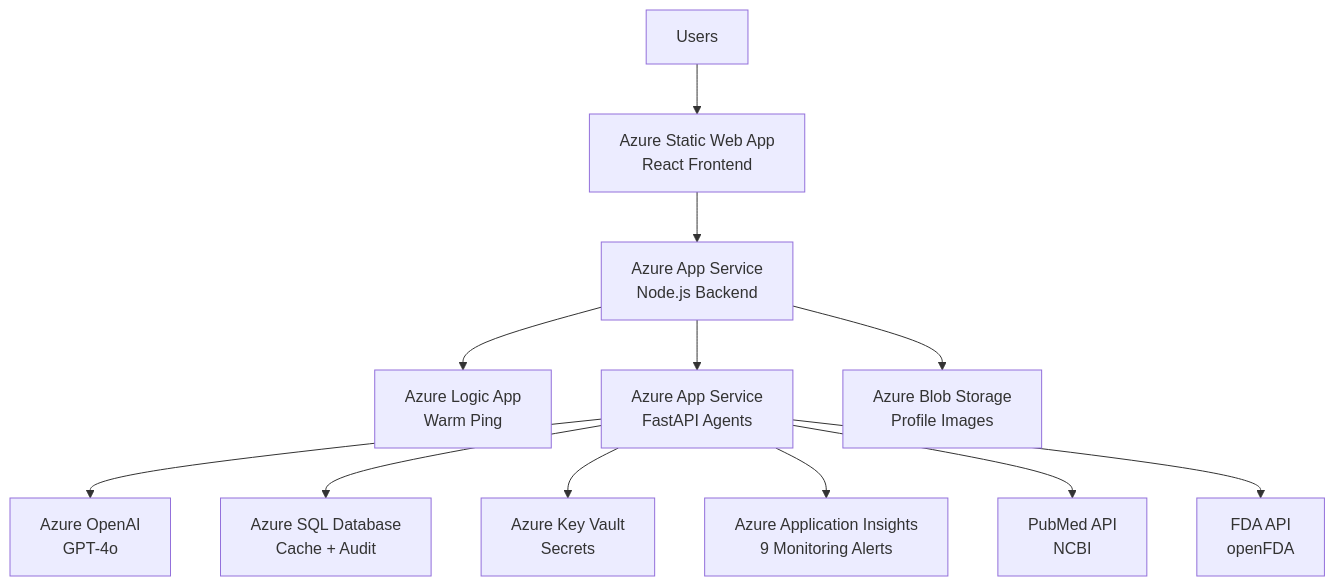
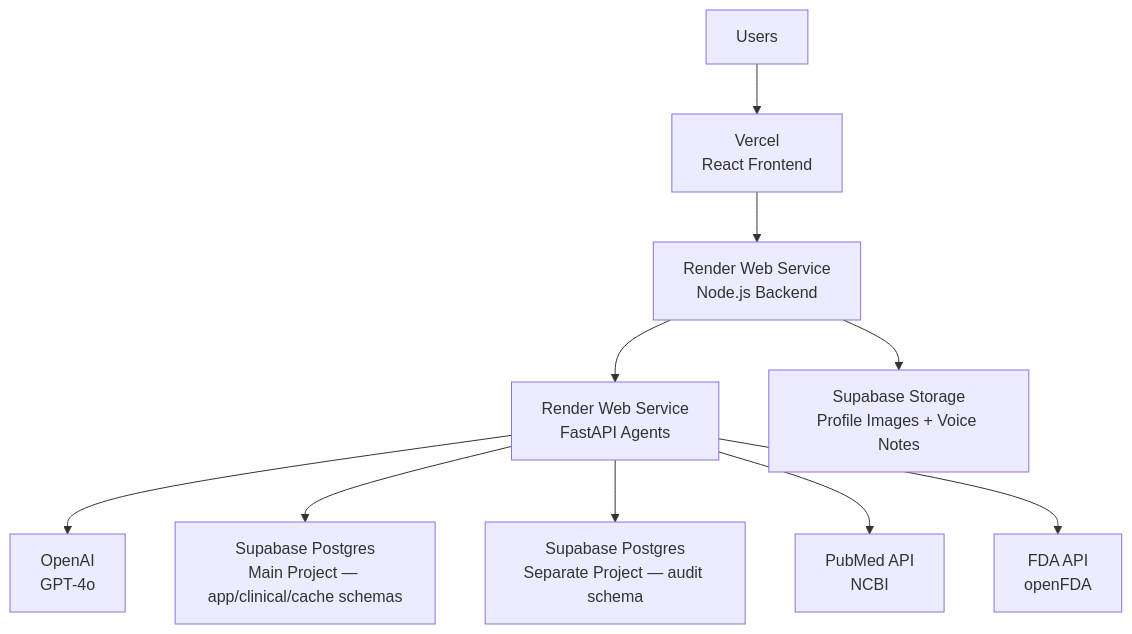
The fourth of 4 diagrams in README.md (Aadarsh-Praveen/VabGen-Rx), drawn with Mermaid before and after one commit. The commit also changed other lines of this file and 53 other files, not shown here.

First line of the commit message:
Migrate platform from Azure to Supabase + Render + Vercel + OpenAI

````diff
--- a/README.md
+++ b/README.md
@@ -177,14 +173,12 @@
 ```mermaid
 flowchart TD
-    A[Users] --> B[Azure Static Web App\nReact Frontend]
-    B --> C[Azure App Service\nNode.js Backend]
-    C --> D[Azure Logic App\nWarm Ping]
-    C --> E[Azure App Service\nFastAPI Agents]
-    C --> F[Azure Blob Storage\nProfile Images]
-    E --> G[Azure OpenAI\nGPT-4o]
-    E --> H[Azure SQL Database\nCache + Audit]
-    E --> I[Azure Key Vault\nSecrets]
-    E --> J[Azure Application Insights\n9 Monitoring Alerts]
+    A[Users] --> B[Vercel\nReact Frontend]
+    B --> C[Render Web Service\nNode.js Backend]
+    C --> E[Render Web Service\nFastAPI Agents]
+    C --> F[Supabase Storage\nProfile Images + Voice Notes]
+    E --> G[OpenAI\nGPT-4o]
+    E --> H[Supabase Postgres\nMain Project — app/clinical/cache schemas]
+    E --> I2[Supabase Postgres\nSeparate Project — audit schema]
     E --> K[PubMed API\nNCBI]
     E --> L[FDA API\nopenFDA]
 ```
````
